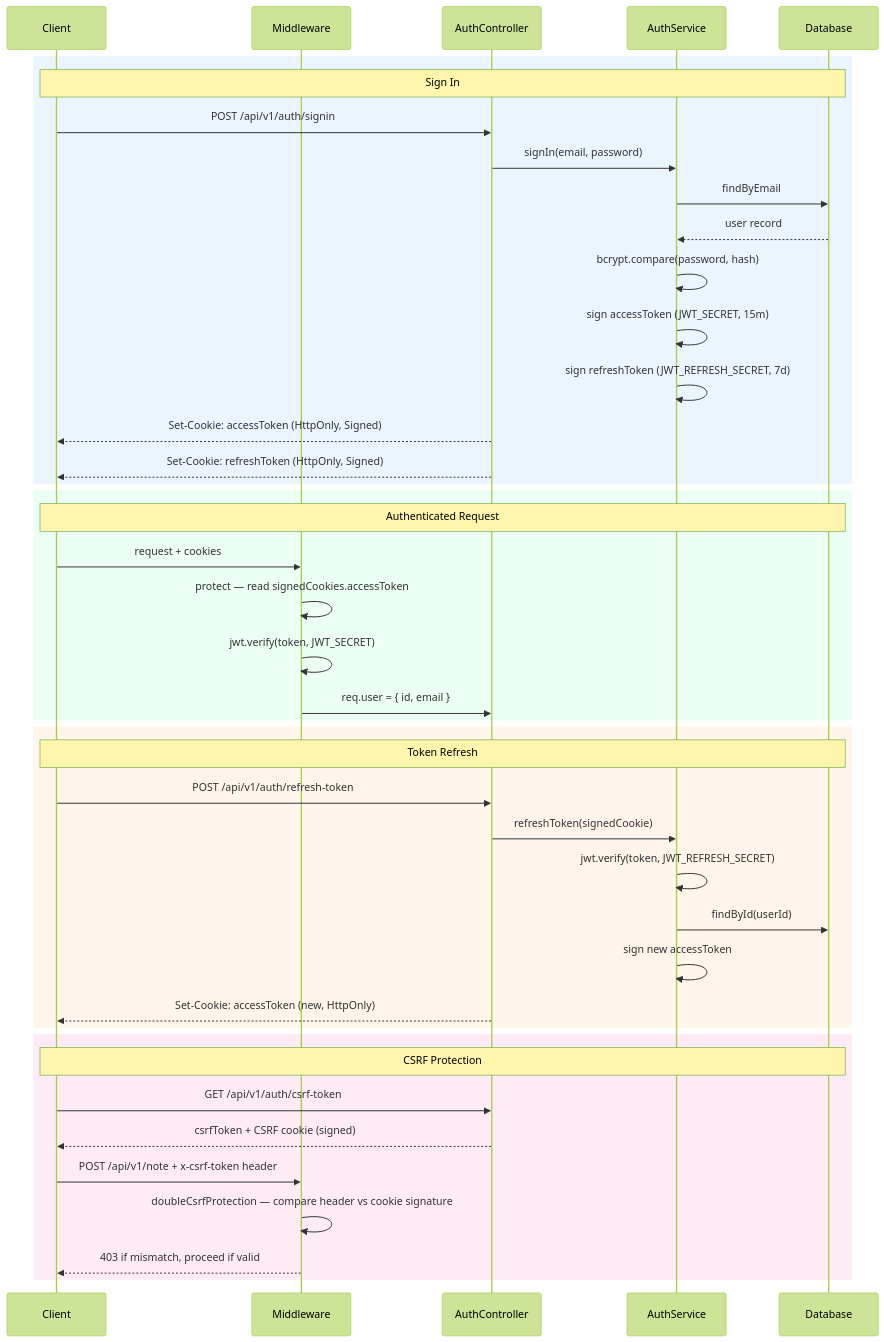
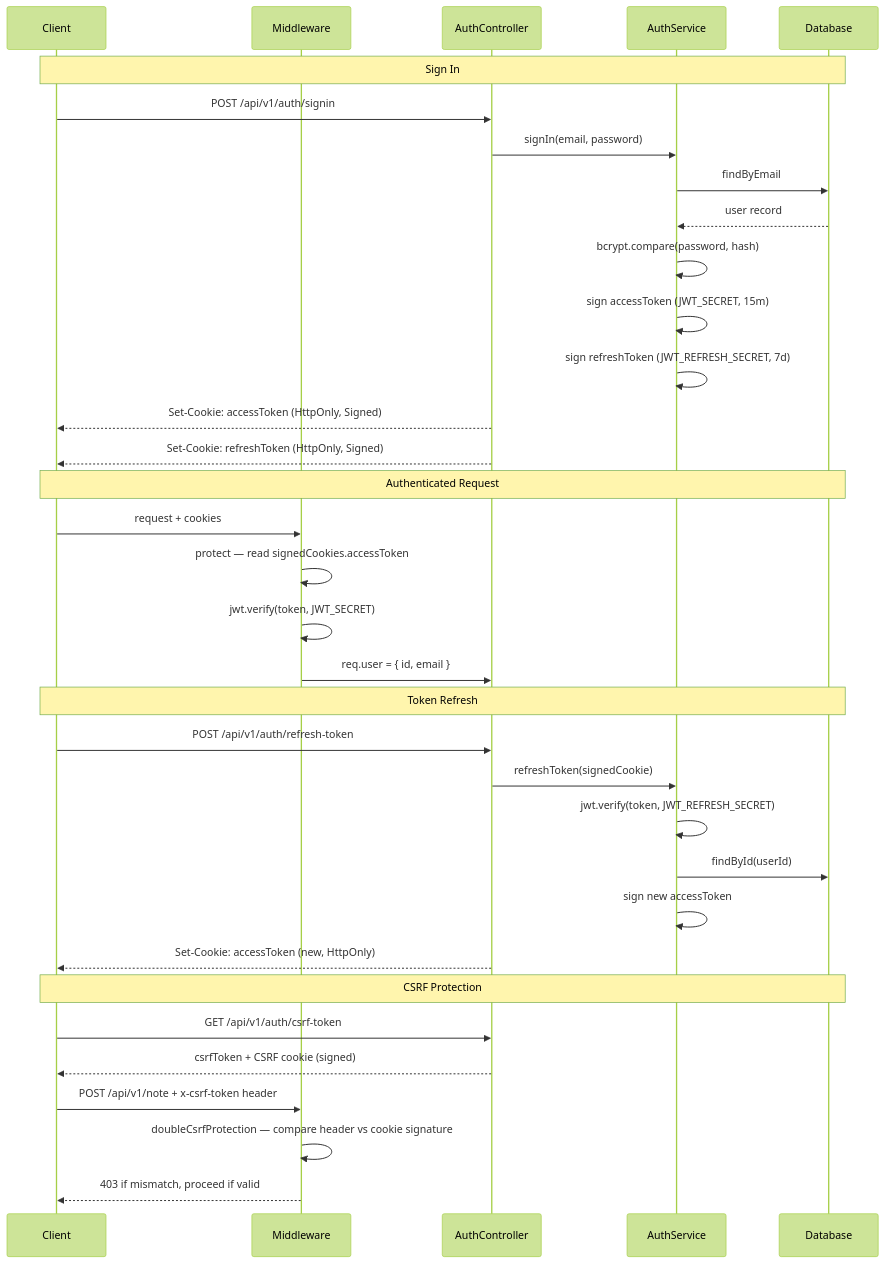
One commit to KhaledSaeed18/node-express-boilerplate changed the fourth of 13 diagrams in README.md. Above: the diagram before and after it, drawn with Mermaid (forest theme). The commit also changed 27 other files, not shown here.

````diff
--- a/README.md
+++ b/README.md
@@ -330,48 +330,40 @@
 ```mermaid
 sequenceDiagram
     participant C as Client
     participant MW as Middleware
     participant Auth as AuthController
     participant Svc as AuthService
     participant DB as Database
 
-    rect rgb(235, 245, 255)
-        Note over C,DB: Sign In
-        C->>Auth: POST /api/v1/auth/signin
-        Auth->>Svc: signIn(email, password)
-        Svc->>DB: findByEmail
-        DB-->>Svc: user record
-        Svc->>Svc: bcrypt.compare(password, hash)
-        Svc->>Svc: sign accessToken (JWT_SECRET, 15m)
-        Svc->>Svc: sign refreshToken (JWT_REFRESH_SECRET, 7d)
-        Auth-->>C: Set-Cookie: accessToken (HttpOnly, Signed)
-        Auth-->>C: Set-Cookie: refreshToken (HttpOnly, Signed)
-    end
+    Note over C,DB: Sign In
+    C->>Auth: POST /api/v1/auth/signin
+    Auth->>Svc: signIn(email, password)
+    Svc->>DB: findByEmail
+    DB-->>Svc: user record
+    Svc->>Svc: bcrypt.compare(password, hash)
+    Svc->>Svc: sign accessToken (JWT_SECRET, 15m)
+    Svc->>Svc: sign refreshToken (JWT_REFRESH_SECRET, 7d)
+    Auth-->>C: Set-Cookie: accessToken (HttpOnly, Signed)
+    Auth-->>C: Set-Cookie: refreshToken (HttpOnly, Signed)
 
-    rect rgb(235, 255, 245)
-        Note over C,DB: Authenticated Request
-        C->>MW: request + cookies
-        MW->>MW: protect — read signedCookies.accessToken
-        MW->>MW: jwt.verify(token, JWT_SECRET)
-        MW->>Auth: req.user = { id, email }
-    end
+    Note over C,DB: Authenticated Request
+    C->>MW: request + cookies
+    MW->>MW: protect — read signedCookies.accessToken
+    MW->>MW: jwt.verify(token, JWT_SECRET)
+    MW->>Auth: req.user = { id, email }
 
-    rect rgb(255, 245, 235)
-        Note over C,DB: Token Refresh
-        C->>Auth: POST /api/v1/auth/refresh-token
-        Auth->>Svc: refreshToken(signedCookie)
-        Svc->>Svc: jwt.verify(token, JWT_REFRESH_SECRET)
-        Svc->>DB: findById(userId)
-        Svc->>Svc: sign new accessToken
-        Auth-->>C: Set-Cookie: accessToken (new, HttpOnly)
-    end
+    Note over C,DB: Token Refresh
+    C->>Auth: POST /api/v1/auth/refresh-token
+    Auth->>Svc: refreshToken(signedCookie)
+    Svc->>Svc: jwt.verify(token, JWT_REFRESH_SECRET)
+    Svc->>DB: findById(userId)
+    Svc->>Svc: sign new accessToken
+    Auth-->>C: Set-Cookie: accessToken (new, HttpOnly)
 
-    rect rgb(255, 235, 245)
-        Note over C,DB: CSRF Protection
-        C->>Auth: GET /api/v1/auth/csrf-token
-        Auth-->>C: csrfToken + CSRF cookie (signed)
-        C->>MW: POST /api/v1/note + x-csrf-token header
-        MW->>MW: doubleCsrfProtection — compare header vs cookie signature
-        MW-->>C: 403 if mismatch, proceed if valid
-    end
+    Note over C,DB: CSRF Protection
+    C->>Auth: GET /api/v1/auth/csrf-token
+    Auth-->>C: csrfToken + CSRF cookie (signed)
+    C->>MW: POST /api/v1/note + x-csrf-token header
+    MW->>MW: doubleCsrfProtection — compare header vs cookie signature
+    MW-->>C: 403 if mismatch, proceed if valid
 ```
````
